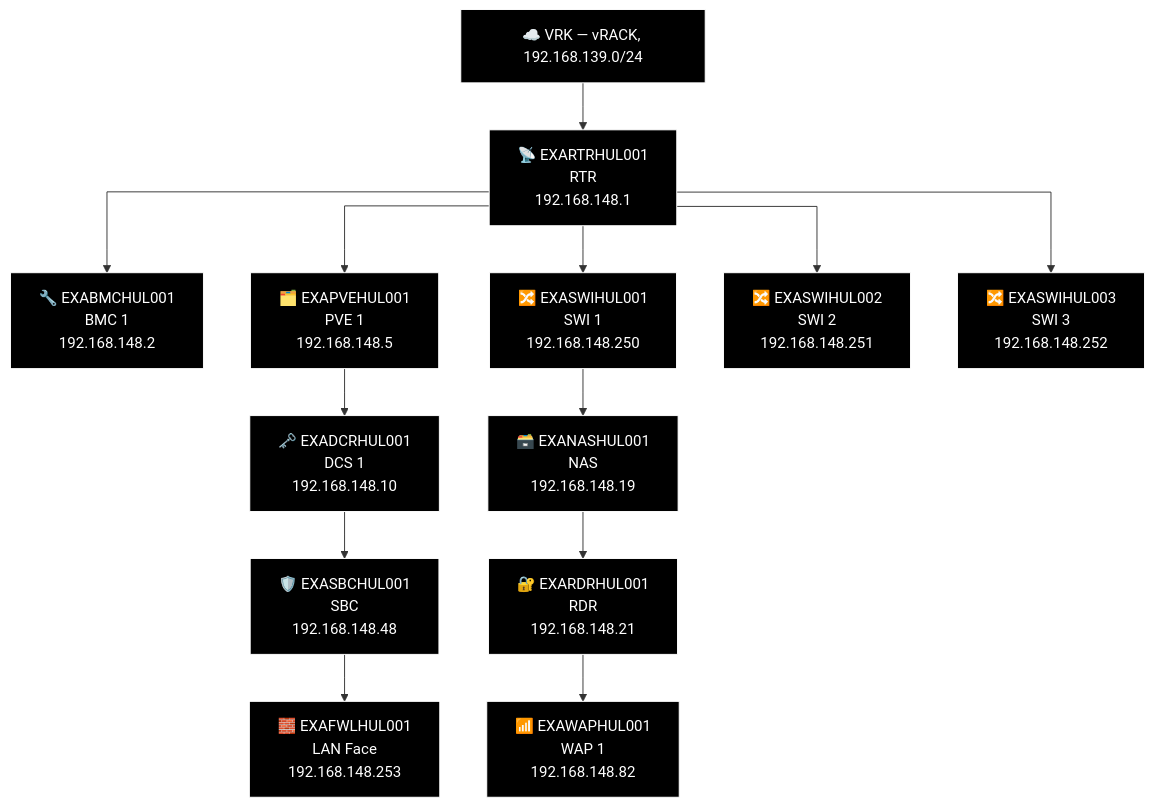
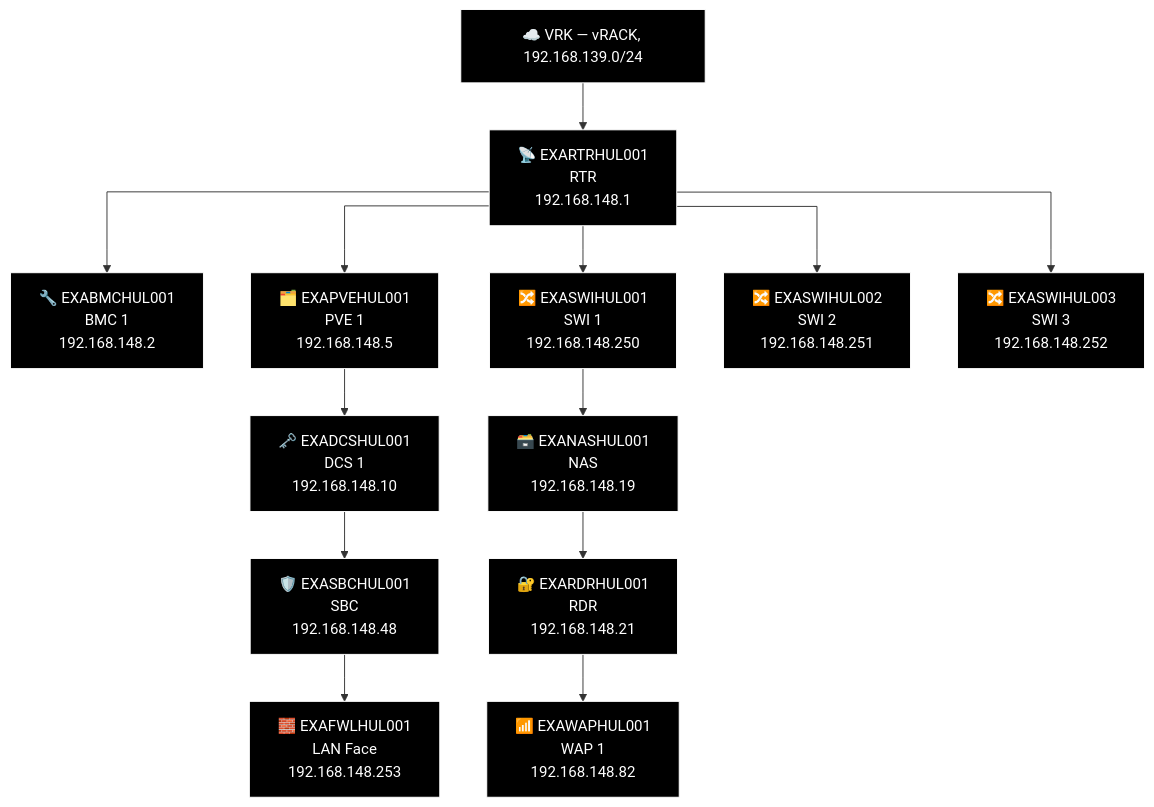
Diagram 24 of 27 in docs/network-diagram/england.md (knightmare2600/example_music_infra), drawn with Mermaid before and after one commit. The commit also changed other lines of this file and 11 other files, not shown here.

````diff
--- a/docs/network-diagram/england.md
+++ b/docs/network-diagram/england.md
@@ -1089,40 +1089,40 @@
 ```mermaid
 %% GENERATED:TOPOLOGY:HUL:START
 %%{init: {'flowchart': {'curve': 'stepAfter'}}}%%
 graph TD
     T_VRK["☁️ VRK — vRACK, 192.168.139.0/24"]
     T_RTR["📡 EXARTRHUL001<br/>RTR<br/>192.168.148.1"]
     T_VRK --> T_RTR
     T_BMC["🔧 EXABMCHUL001<br/>BMC 1<br/>192.168.148.2"]
     T_RTR --> T_BMC
     T_PVE["🗂️ EXAPVEHUL001<br/>PVE 1<br/>192.168.148.5"]
     T_RTR --> T_PVE
     T_SWI["🔀 EXASWIHUL001<br/>SWI 1<br/>192.168.148.250"]
     T_RTR --> T_SWI
     T_SWI2["🔀 EXASWIHUL002<br/>SWI 2<br/>192.168.148.251"]
     T_RTR --> T_SWI2
     T_SWI3["🔀 EXASWIHUL003<br/>SWI 3<br/>192.168.148.252"]
     T_RTR --> T_SWI3
     T_NAS["🗃️ EXANASHUL001<br/>NAS<br/>192.168.148.19"]
     T_RDR["🔐 EXARDRHUL001<br/>RDR<br/>192.168.148.21"]
     T_WAP["📶 EXAWAPHUL001<br/>WAP 1<br/>192.168.148.82"]
     T_SWI --> T_NAS --> T_RDR --> T_WAP
-    T_DCS["🗝️ EXADCRHUL001<br/>DCS 1<br/>192.168.148.10"]
+    T_DCS["🗝️ EXADCSHUL001<br/>DCS 1<br/>192.168.148.10"]
     T_SBC["🛡️ EXASBCHUL001<br/>SBC<br/>192.168.148.48"]
     T_FWL["🧱 EXAFWLHUL001<br/>LAN Face<br/>192.168.148.253"]
     T_PVE --> T_DCS --> T_SBC --> T_FWL
     style T_VRK fill:#000000,stroke:#FFFFFF,color:#FFFFFF
     style T_RTR fill:#000000,stroke:#FFFFFF,color:#FFFFFF
     style T_BMC fill:#000000,stroke:#FFFFFF,color:#FFFFFF
     style T_PVE fill:#000000,stroke:#FFFFFF,color:#FFFFFF
     style T_SWI fill:#000000,stroke:#FFFFFF,color:#FFFFFF
     style T_SWI2 fill:#000000,stroke:#FFFFFF,color:#FFFFFF
     style T_SWI3 fill:#000000,stroke:#FFFFFF,color:#FFFFFF
     style T_NAS fill:#000000,stroke:#FFFFFF,color:#FFFFFF
     style T_RDR fill:#000000,stroke:#FFFFFF,color:#FFFFFF
     style T_WAP fill:#000000,stroke:#FFFFFF,color:#FFFFFF
     style T_DCS fill:#000000,stroke:#FFFFFF,color:#FFFFFF
     style T_SBC fill:#000000,stroke:#FFFFFF,color:#FFFFFF
     style T_FWL fill:#000000,stroke:#FFFFFF,color:#FFFFFF
 %% GENERATED:TOPOLOGY:HUL:END
 ```
````
